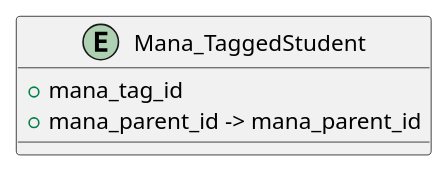
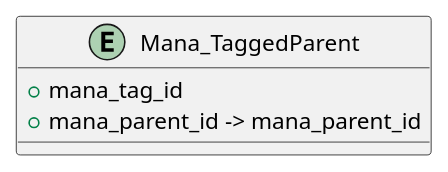
One commit to popoposorara/ERP_ER changed the diagram in Entity/Mana_TaggedParent.pu. Above: the diagram before and after it, drawn with PlantUML. The commit also changed 2 other files, not shown here.

```diff
--- a/Entity/Mana_TaggedParent.pu
+++ b/Entity/Mana_TaggedParent.pu
@@ -2,8 +2,8 @@
 @startuml
 
-entity "Mana_TaggedStudent" {
+entity "Mana_TaggedParent" {
     + mana_tag_id
     + mana_parent_id -> mana_parent_id
 }
 
 @enduml
```
